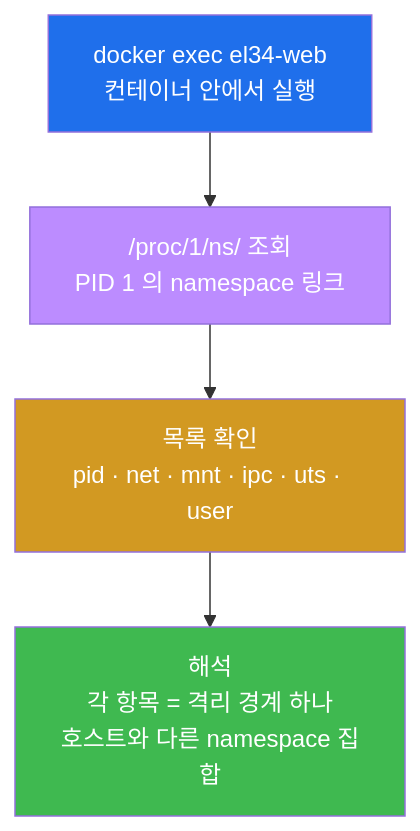
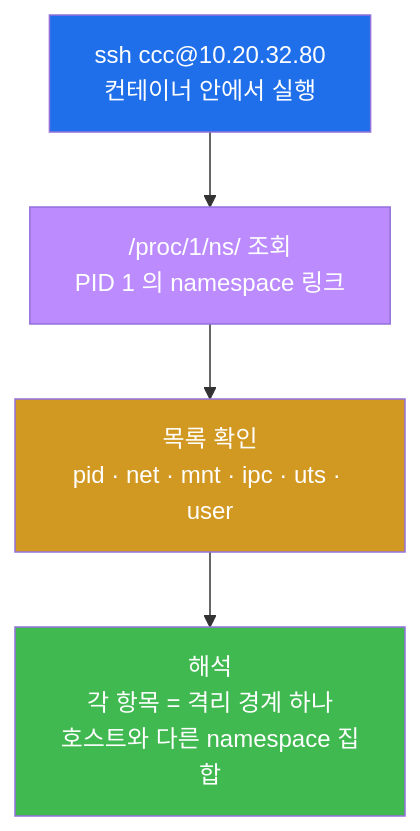
The second of 9 diagrams in contents/training/cloud-container/lecture_week05.md (mrgrit/tw2), drawn with Mermaid before and after one commit. The commit also changed other lines of this file and 25 other files, not shown here.

````diff
--- a/contents/training/cloud-container/lecture_week05.md
+++ b/contents/training/cloud-container/lecture_week05.md
@@ -267,12 +267,12 @@
 ```mermaid
 graph TD
-    EXEC["docker exec el34-web<br/>컨테이너 안에서 실행"]
+    EXEC["ssh ccc@10.20.32.80<br/>컨테이너 안에서 실행"]
     NSDIR["/proc/1/ns/ 조회<br/>PID 1 의 namespace 링크"]
     LIST["목록 확인<br/>pid · net · mnt · ipc · uts · user"]
     MEANING["해석<br/>각 항목 = 격리 경계 하나<br/>호스트와 다른 namespace 집합"]
     EXEC --> NSDIR --> LIST --> MEANING
     style EXEC fill:#1f6feb,color:#fff
     style NSDIR fill:#bc8cff,color:#fff
     style LIST fill:#d29922,color:#fff
     style MEANING fill:#3fb950,color:#fff
 ```
````
